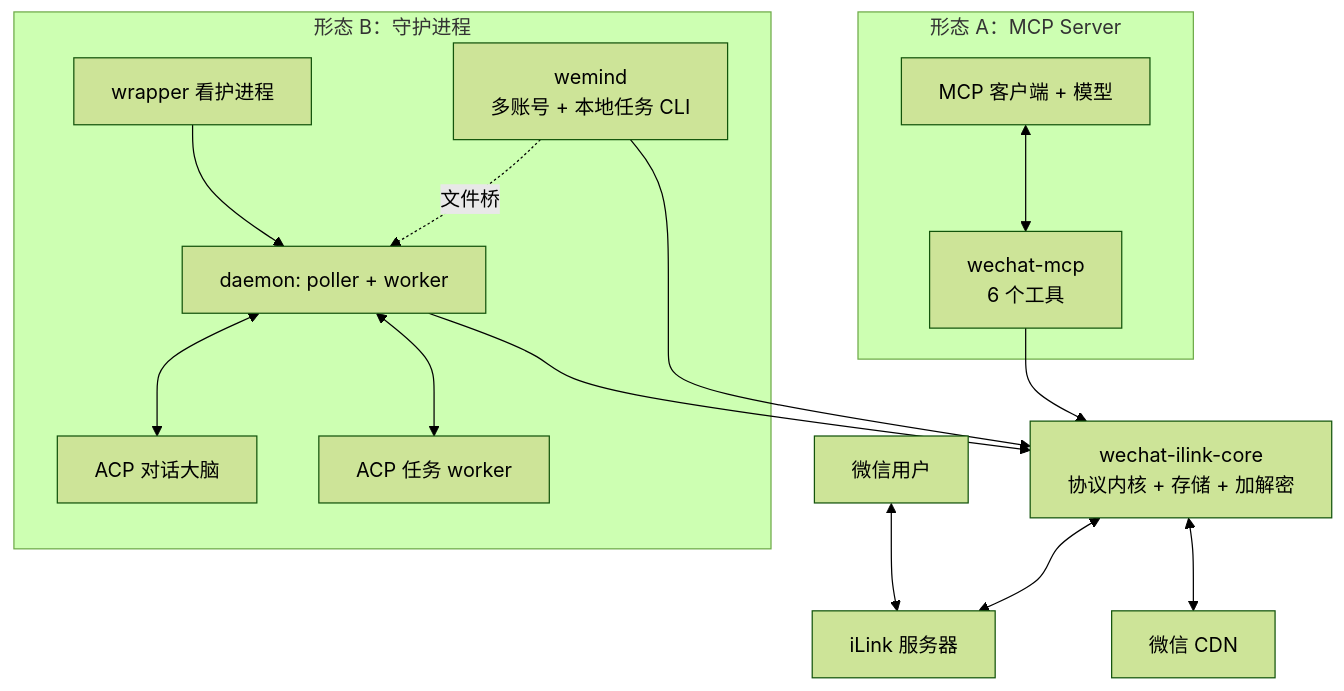
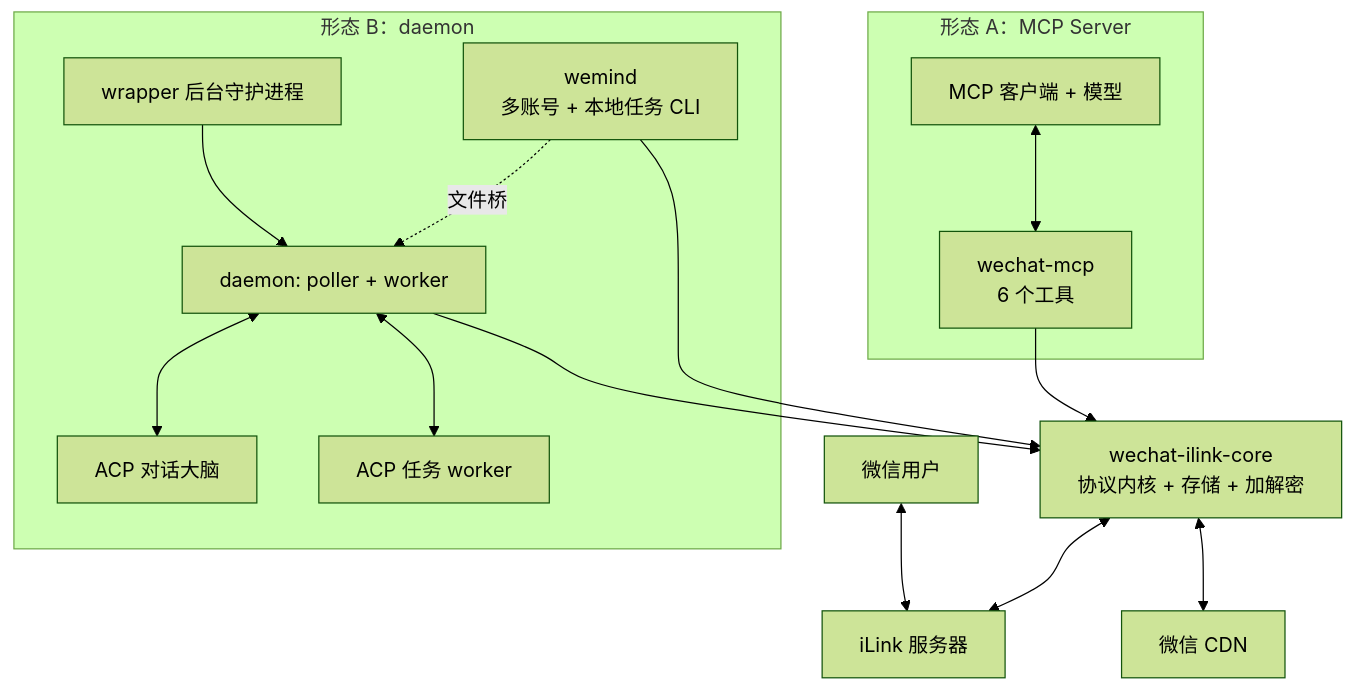
Before and after one commit to imwangpan/WeMind: the sixth of 6 diagrams in docs/repowiki/02-系统架构.md, drawn with Mermaid (forest theme). The commit also changed other lines of this file and 54 other files, not shown here.

First line of the commit message:
docs+fix: 术语第四轮——daemon 不再叫「守护进程」，watchdog 统一叫「后台守护进程」，「预设」清零

````diff
--- a/docs/repowiki/02-系统架构.md
+++ b/docs/repowiki/02-系统架构.md
@@ -194,29 +194,29 @@
 ```mermaid
 graph TB
     U["微信用户"] <--> ILINK["iLink 服务器"]
 
     subgraph 形态A["形态 A：MCP Server"]
         MCP["wechat-mcp<br/>6 个工具"]
         CLIENT["MCP 客户端 + 模型"]
         CLIENT <--> MCP
     end
 
-    subgraph 形态B["形态 B：守护进程"]
-        WRAP["wrapper 看护进程"]
+    subgraph 形态B["形态 B：daemon"]
+        WRAP["wrapper 后台守护进程"]
         DM["daemon: poller + worker"]
         BR["ACP 对话大脑"]
         WK["ACP 任务 worker"]
         MANAGE["wemind<br/>多账号 + 本地任务 CLI"]
         WRAP --> DM
         DM <--> BR
         DM <--> WK
         MANAGE -.文件桥.-> DM
     end
 
     CORE["wechat-ilink-core<br/>协议内核 + 存储 + 加解密"]
     MCP --> CORE
     DM --> CORE
     MANAGE --> CORE
     CORE <--> ILINK
     CORE <--> CDN["微信 CDN"]
 ```
````
